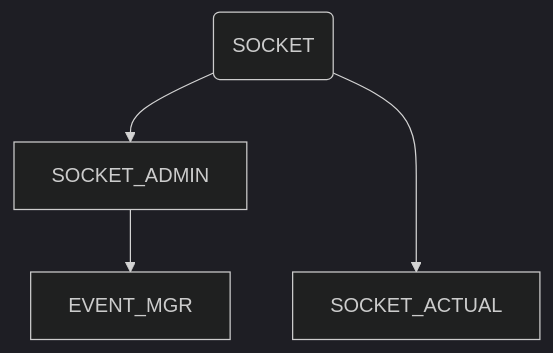
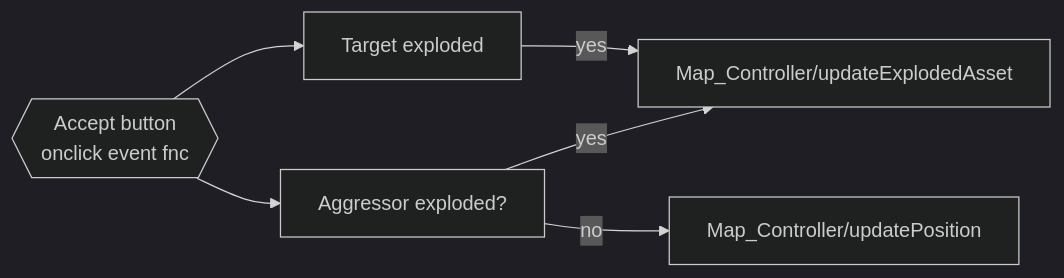
One commit to bcc-sdd/war_test changed the second of 2 diagrams in notes.md. Above: the diagram before and after it, drawn with Mermaid (dark theme). The commit also changed other lines of this file and 6 other files, not shown here.

````diff
--- a/notes.md
+++ b/notes.md
@@ -27,7 +25,8 @@
 ```mermaid
-flowchart TD
-A[SOCKET_ADMIN] --> B[EVENT_MGR]
-D[SOCKET_ACTUAL]
-C(SOCKET) --> A
-C ---> D
+graph LR
+A{{Accept button <br/> onclick event fnc}}-->B[Aggressor exploded?] -->|yes|D[Map_Controller/updateExplodedAsset]
+B -->|no| E[Map_Controller/updatePosition]
+A --> C[Target exploded]
+C -->|yes|D
+
 ```
````
